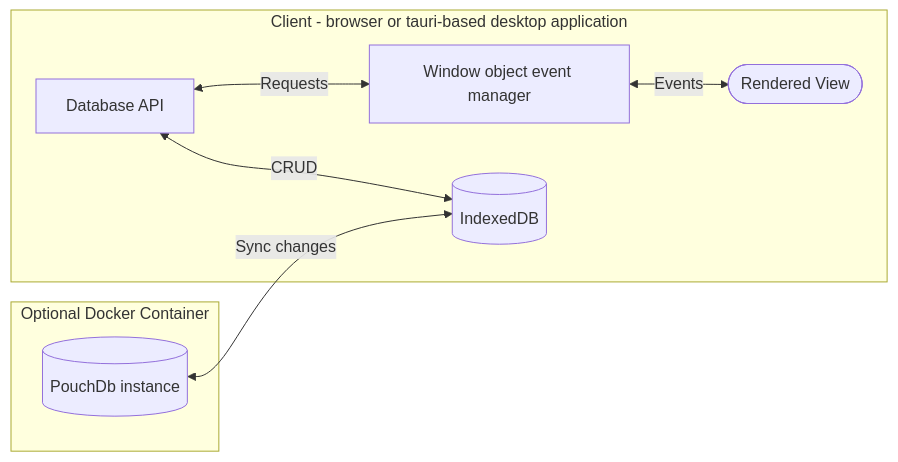
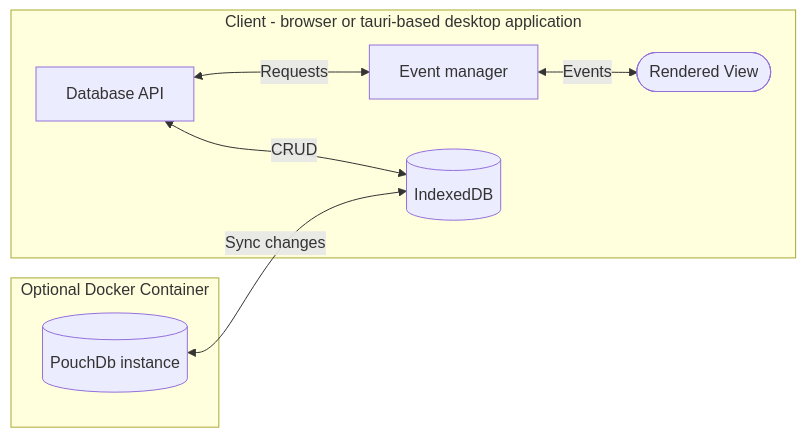
One commit to ste163/notes changed the diagram in README.md. Above: the diagram before and after it, drawn with Mermaid. The commit also changed other lines of this file and 34 other files, not shown here.

````diff
--- a/README.md
+++ b/README.md
@@ -31,14 +33,14 @@
 ```mermaid
 flowchart LR
     subgraph Optional Docker Container
       A[(PouchDb instance)]
     end
 
     subgraph Client - browser or tauri-based desktop application
       B[(IndexedDB)]
-      D[Database API] <-- Requests --> C[Window object event manager]
+      D[Database API] <-- Requests --> C[Event manager]
       D <-- CRUD --> B
       C <-- Events --> E([Rendered View])
     end
   A <-- Sync changes --> B
 ```
````
